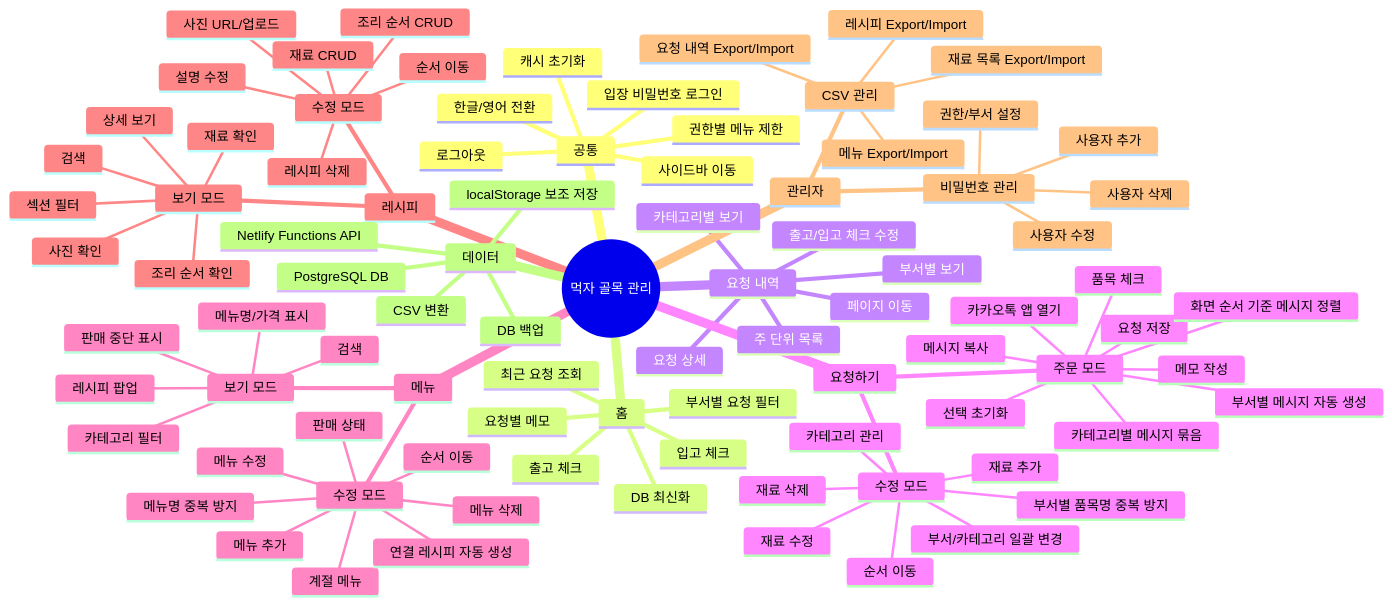
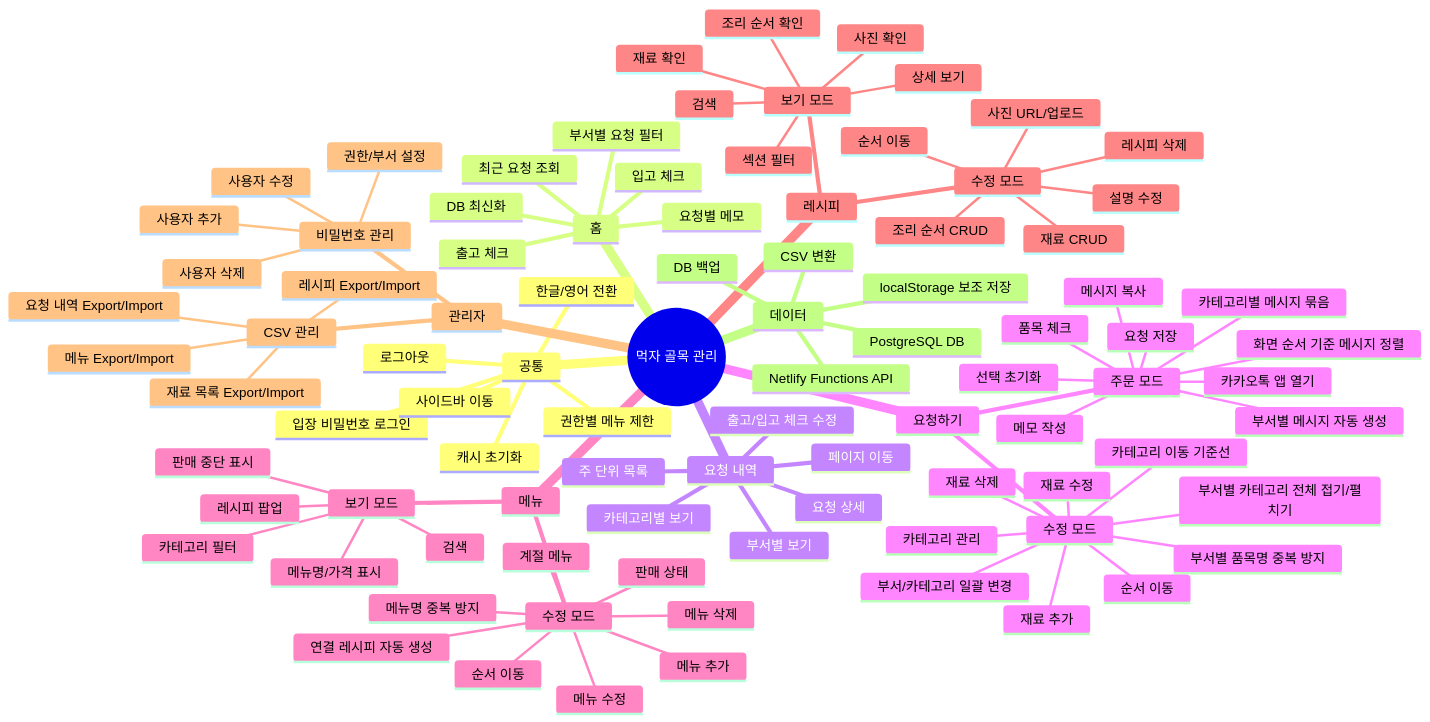
The diagram in docs/mukja-function-tree-ko.md (itsfreedom/mukja), drawn with Mermaid before and after one commit. The commit also changed other lines of this file and 14 other files, not shown here.

```diff
--- a/docs/mukja-function-tree-ko.md
+++ b/docs/mukja-function-tree-ko.md
@@ -50,6 +50,8 @@
         부서/카테고리 일괄 변경
         순서 이동
         카테고리 관리
+        부서별 카테고리 전체 접기/펼치기
+        카테고리 이동 기준선
     메뉴
       보기 모드
         카테고리 필터
```
